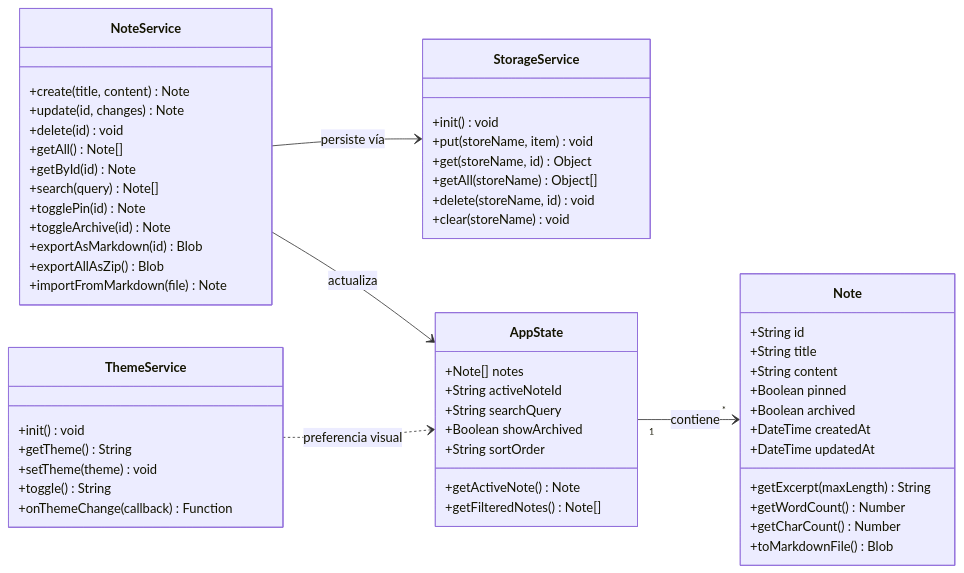
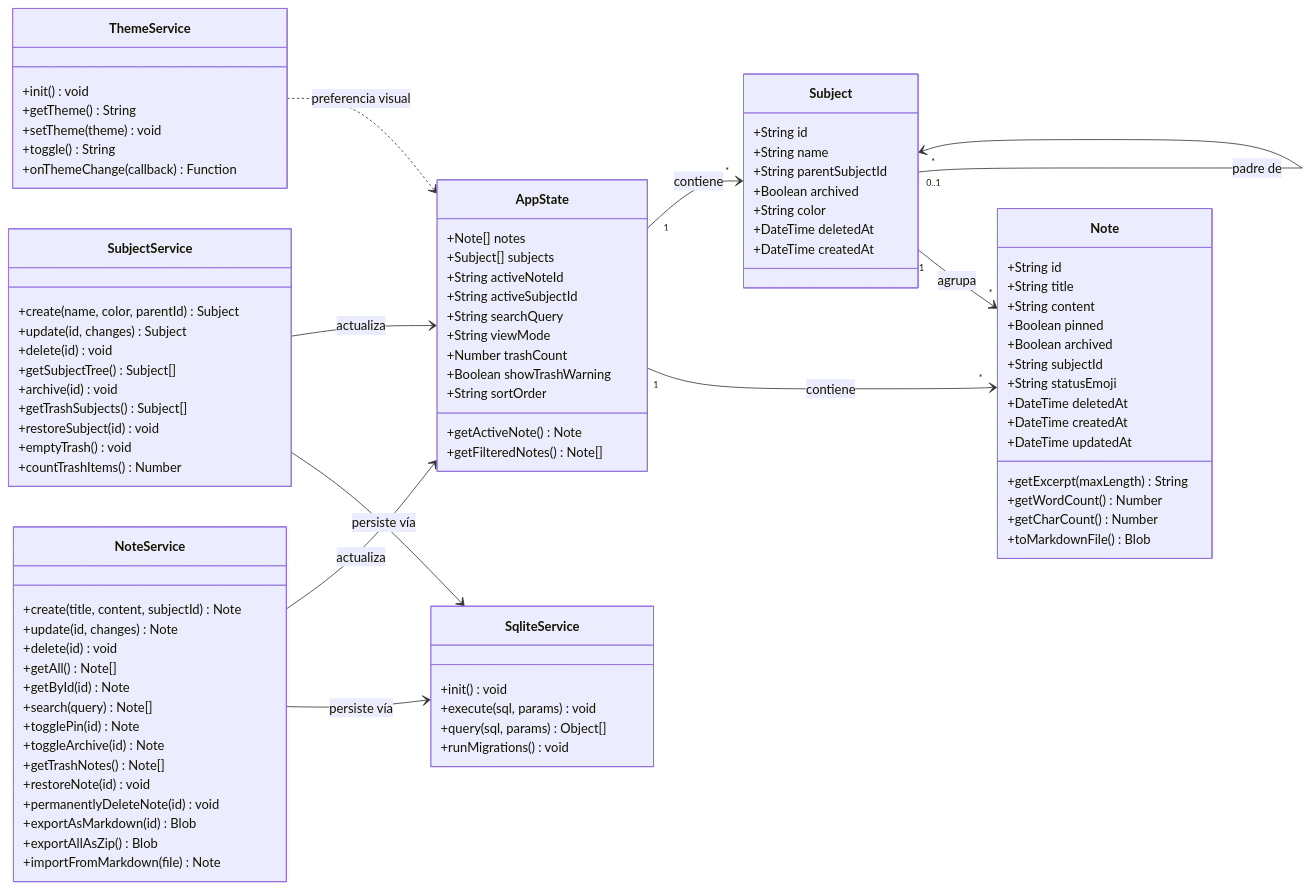
The diagram in docs/diagramas/modelo-dominio.md (jdfesa/lumapse), drawn with Mermaid before and after one commit. The commit also changed other lines of this file, not shown here.

Commit message:
docs(modelo-dominio): actualizar entidad Subject y modelo SQLite de persistencia

````diff
--- a/docs/diagramas/modelo-dominio.md
+++ b/docs/diagramas/modelo-dominio.md
@@ -26,6 +26,9 @@
         +String content
         +Boolean pinned
         +Boolean archived
+        +String subjectId
+        +String statusEmoji
+        +DateTime deletedAt
         +DateTime createdAt
         +DateTime updatedAt
         +getExcerpt(maxLength) String
@@ -34,18 +37,32 @@
         +toMarkdownFile() Blob
     }
 
+    class Subject {
+        +String id
+        +String name
+        +String parentSubjectId
+        +Boolean archived
+        +String color
+        +DateTime deletedAt
+        +DateTime createdAt
+    }
+
     class AppState {
         +Note[] notes
+        +Subject[] subjects
         +String activeNoteId
+        +String activeSubjectId
         +String searchQuery
-        +Boolean showArchived
+        +String viewMode
+        +Number trashCount
+        +Boolean showTrashWarning
         +String sortOrder
         +getActiveNote() Note
         +getFilteredNotes() Note[]
     }
 
     class NoteService {
-        +create(title, content) Note
+        +create(title, content, subjectId) Note
         +update(id, changes) Note
         +delete(id) void
         +getAll() Note[]
@@ -53,18 +70,31 @@
         +search(query) Note[]
         +togglePin(id) Note
         +toggleArchive(id) Note
+        +getTrashNotes() Note[]
+        +restoreNote(id) void
+        +permanentlyDeleteNote(id) void
         +exportAsMarkdown(id) Blob
         +exportAllAsZip() Blob
         +importFromMarkdown(file) Note
     }
 
-    class StorageService {
+    class SubjectService {
+        +create(name, color, parentId) Subject
+        +update(id, changes) Subject
+        +delete(id) void
+        +getSubjectTree() Subject[]
+        +archive(id) void
+        +getTrashSubjects() Subject[]
+        +restoreSubject(id) void
+        +emptyTrash() void
+        +countTrashItems() Number
+    }
+
+    class SqliteService {
         +init() void
-        +put(storeName, item) void
-        +get(storeName, id) Object
-        +getAll(storeName) Object[]
-        +delete(storeName, id) void
-        +clear(storeName) void
+        +execute(sql, params) void
+        +query(sql, params) Object[]
+        +runMigrations() void
     }
 
     class ThemeService {
@@ -76,7 +106,12 @@
     }
 
     AppState "1" --> "*" Note : contiene
-    NoteService --> StorageService : persiste vía
+    AppState "1" --> "*" Subject : contiene
+    Subject "1" --> "*" Note : agrupa
+    Subject "0..1" --> "*" Subject : padre de
+    NoteService --> SqliteService : persiste vía
+    SubjectService --> SqliteService : persiste vía
     NoteService --> AppState : actualiza
+    SubjectService --> AppState : actualiza
     ThemeService ..> AppState : preferencia visual
 ```
````
